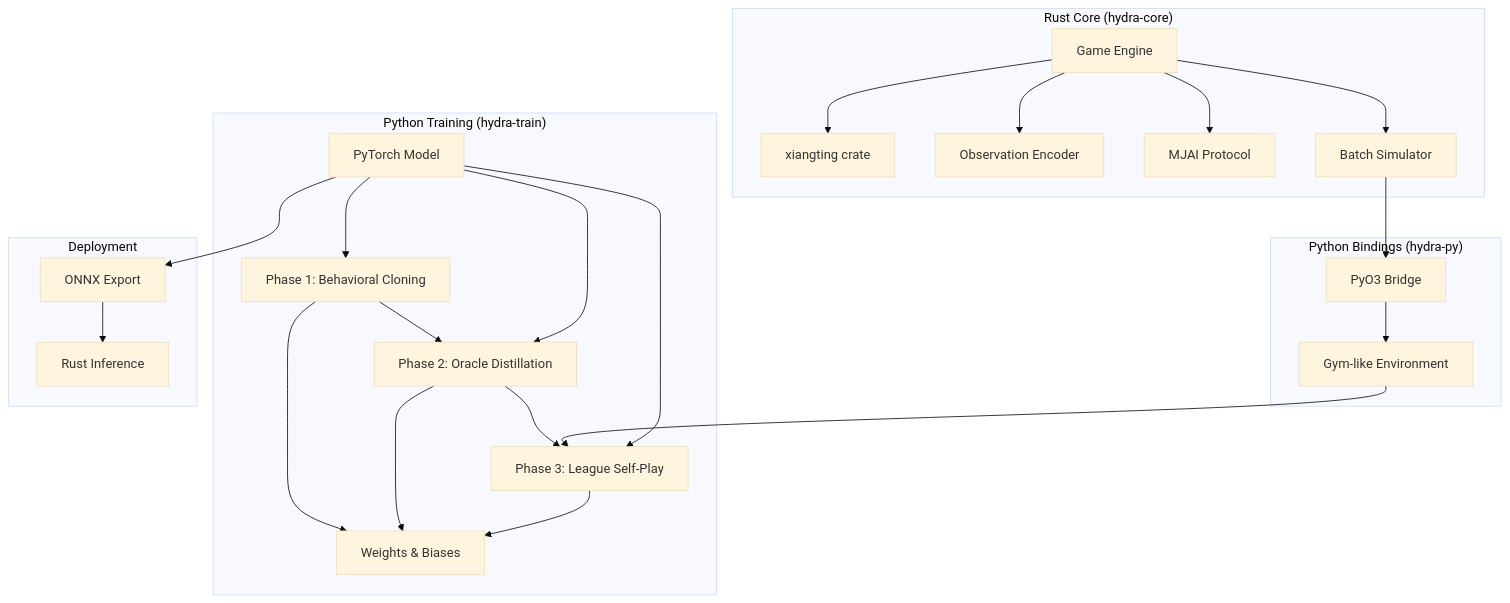
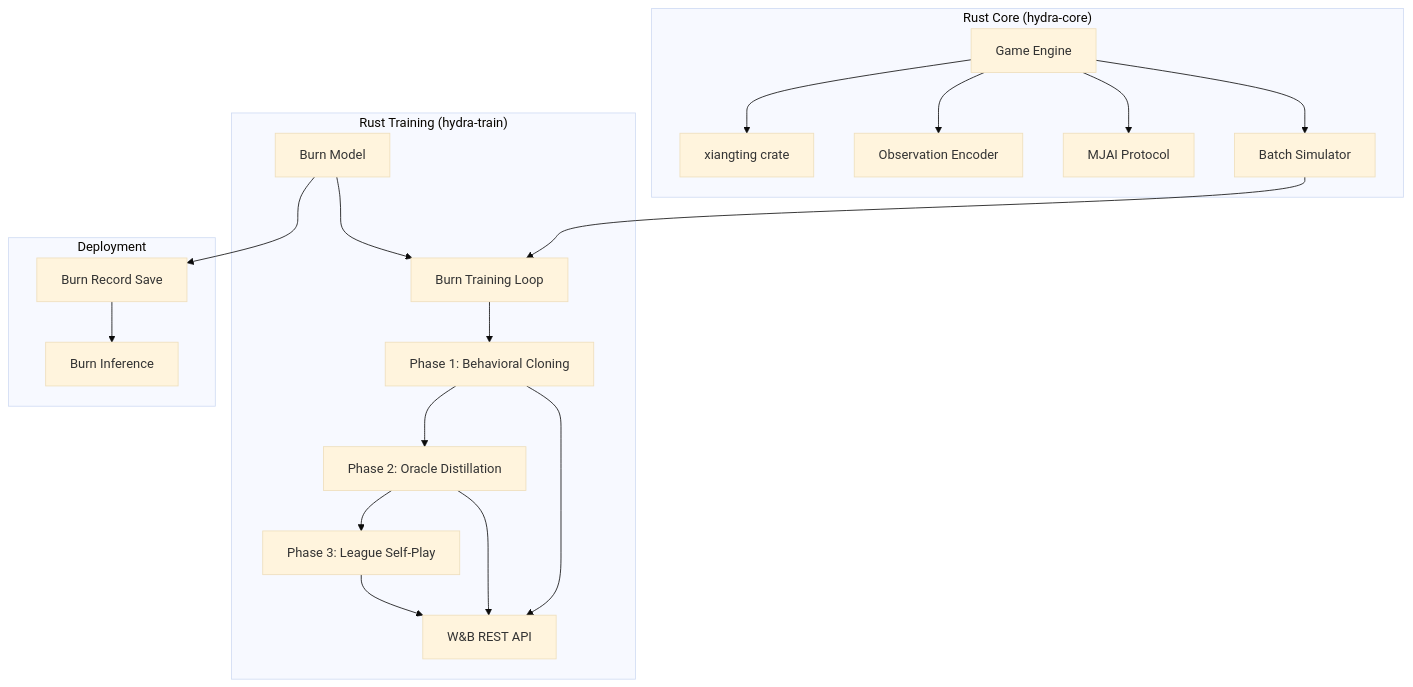
Before and after one commit to NikkeTryHard/hydra: the first of 7 diagrams in research/INFRASTRUCTURE.md, drawn with Mermaid (base theme). The commit also changed other lines of this file and 6 other files, not shown here.

````diff
--- a/research/INFRASTRUCTURE.md
+++ b/research/INFRASTRUCTURE.md
@@ -18,46 +18,39 @@
 ```mermaid
 graph TB
     subgraph "Rust Core (hydra-core)"
         ENGINE[Game Engine]
         SHANTEN[xiangting crate]
         ENCODER[Observation Encoder]
         MJAI[MJAI Protocol]
         SIM[Batch Simulator]
     end
 
-    subgraph "Python Bindings (hydra-py)"
-        PYO3[PyO3 Bridge]
-        ENV[Gym-like Environment]
-    end
-
-    subgraph "Python Training (hydra-train)"
-        MODEL[PyTorch Model]
+    subgraph "Rust Training (hydra-train)"
+        MODEL[Burn Model]
+        LOOP[Burn Training Loop]
         P1[Phase 1: Behavioral Cloning]
         P2[Phase 2: Oracle Distillation]
         P3[Phase 3: League Self-Play]
-        WANDB[Weights & Biases]
+        WANDB[W&B REST API]
     end
 
     subgraph "Deployment"
-        ONNX[ONNX Export]
-        INFER[Rust Inference]
+        RECORD[Burn Record Save]
+        INFER[Burn Inference]
     end
 
     ENGINE --> SHANTEN
     ENGINE --> ENCODER
     ENGINE --> MJAI
     ENGINE --> SIM
-    SIM --> PYO3
-    PYO3 --> ENV
+    SIM --> LOOP
+    MODEL --> LOOP
+    LOOP --> P1
     P1 --> P2
     P2 --> P3
-    ENV --> P3
-    MODEL --> P1
-    MODEL --> P2
-    MODEL --> P3
     P1 --> WANDB
     P2 --> WANDB
     P3 --> WANDB
-    MODEL --> ONNX
-    ONNX --> INFER
+    MODEL --> RECORD
+    RECORD --> INFER
 ```
````
